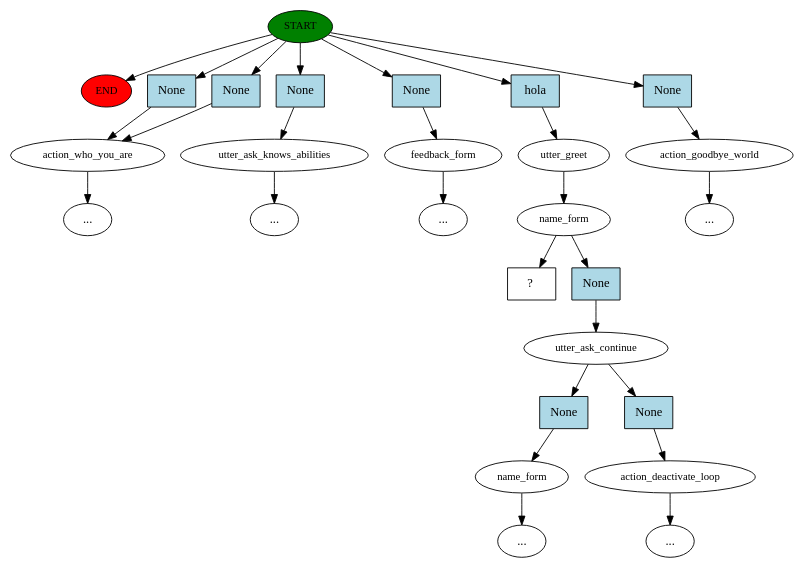
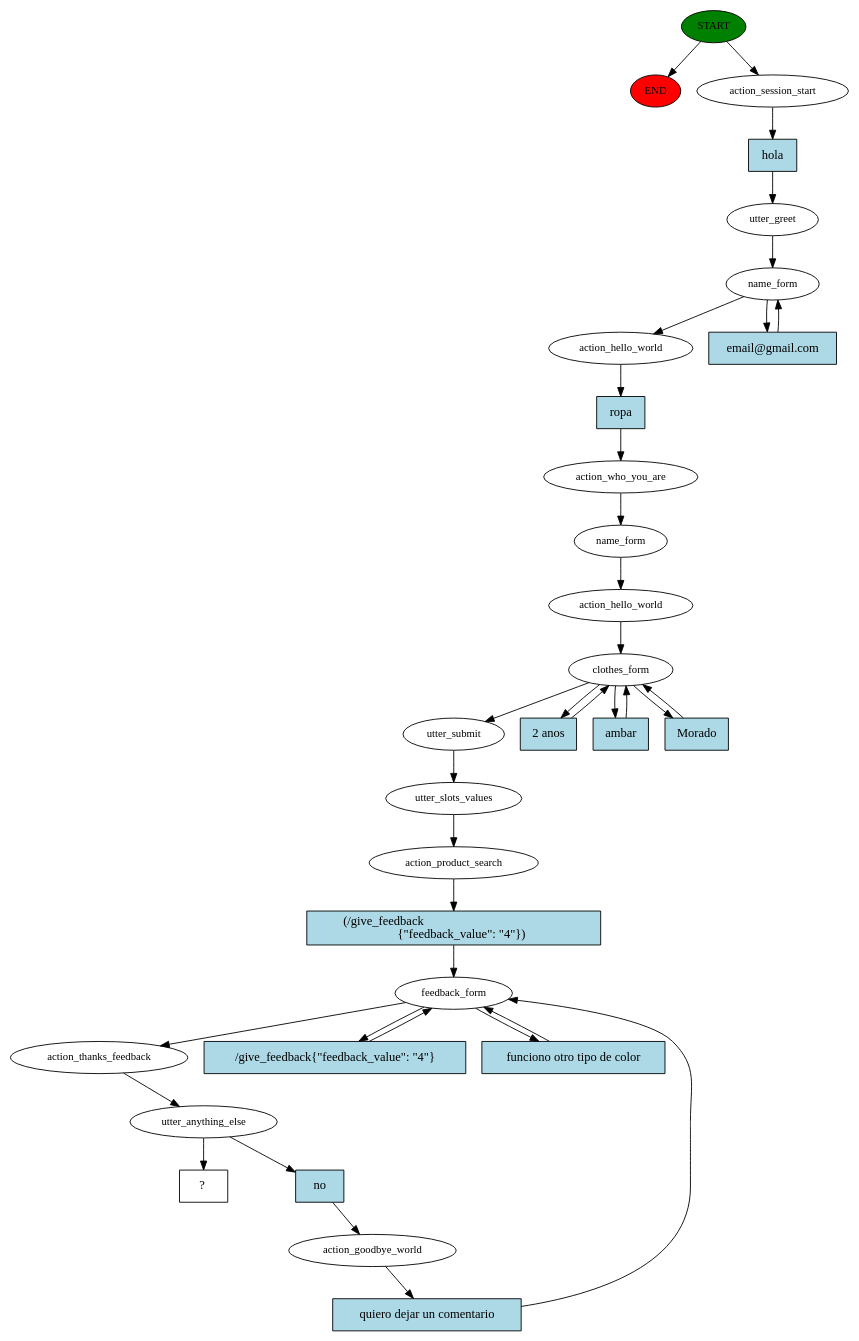
Before and after one commit to kabirivan/Ecommerce-Assistant-Jasmine: the diagram in story_graph.dot, drawn with Graphviz. The commit also changed 1 other file, not shown here.

```diff
--- a/story_graph.dot
+++ b/story_graph.dot
@@ -1,56 +1,66 @@
 digraph  {
 0 [class="start active", fillcolor=green, fontsize=12, label=START, style=filled];
 "-1" [class=end, fillcolor=red, fontsize=12, label=END, style=filled];
-1 [class="", fontsize=12, label=action_who_you_are];
-3 [class="", fontsize=12, label=utter_ask_knows_abilities];
-"-5" [class=ellipsis, label="..."];
-4 [class="", fontsize=12, label=feedback_form];
-"-6" [class=ellipsis, label="..."];
-5 [class=active, fontsize=12, label=utter_greet];
-6 [class=active, fontsize=12, label=name_form];
-7 [class="", fontsize=12, label=utter_ask_continue];
-8 [class="", fontsize=12, label=name_form];
-"-7" [class=ellipsis, label="..."];
-12 [class="", fontsize=12, label=action_deactivate_loop];
-"-8" [class=ellipsis, label="..."];
-14 [class="", fontsize=12, label=action_goodbye_world];
-"-10" [class=ellipsis, label="..."];
-"-11" [class=ellipsis, label="..."];
-18 [class="intent dashed active", label="  ?  ", shape=rect];
-19 [class=intent, fillcolor=lightblue, label=None, shape=rect, style=filled];
-20 [class=intent, fillcolor=lightblue, label=None, shape=rect, style=filled];
-21 [class=intent, fillcolor=lightblue, label=None, shape=rect, style=filled];
-22 [class=intent, fillcolor=lightblue, label=None, shape=rect, style=filled];
-23 [class="intent active", fillcolor=lightblue, label=hola, shape=rect, style=filled];
-24 [class=intent, fillcolor=lightblue, label=None, shape=rect, style=filled];
-25 [class=intent, fillcolor=lightblue, label=None, shape=rect, style=filled];
-26 [class=intent, fillcolor=lightblue, label=None, shape=rect, style=filled];
-27 [class=intent, fillcolor=lightblue, label=None, shape=rect, style=filled];
+1 [class=active, fontsize=12, label=action_session_start];
+2 [class=active, fontsize=12, label=utter_greet];
+3 [class=active, fontsize=12, label=name_form];
+6 [class=active, fontsize=12, label=action_hello_world];
+7 [class=active, fontsize=12, label=action_who_you_are];
+8 [class=active, fontsize=12, label=name_form];
+9 [class=active, fontsize=12, label=action_hello_world];
+10 [class=active, fontsize=12, label=clothes_form];
+16 [class=active, fontsize=12, label=utter_submit];
+17 [class=active, fontsize=12, label=utter_slots_values];
+18 [class=active, fontsize=12, label=action_product_search];
+19 [class=active, fontsize=12, label=feedback_form];
+22 [class=active, fontsize=12, label=action_thanks_feedback];
+23 [class=active, fontsize=12, label=utter_anything_else];
+24 [class=active, fontsize=12, label=action_goodbye_world];
+28 [class="intent dashed active", label="  ?  ", shape=rect];
+29 [class="intent active", fillcolor=lightblue, label=hola, shape=rect, style=filled];
+30 [class="intent active", fillcolor=lightblue, label="email@gmail.com", shape=rect, style=filled];
+31 [class="intent active", fillcolor=lightblue, label=ropa, shape=rect, style=filled];
+32 [class="intent active", fillcolor=lightblue, label="2 anos", shape=rect, style=filled];
+33 [class="intent active", fillcolor=lightblue, label=ambar, shape=rect, style=filled];
+34 [class="intent active", fillcolor=lightblue, label=Morado, shape=rect, style=filled];
+35 [class="intent active", fillcolor=lightblue, label="(/give_feedback                                             \n      {\"feedback_value\": \"4\"})", shape=rect, style=filled];
+36 [class="intent active", fillcolor=lightblue, label="/give_feedback{\"feedback_value\": \"4\"}", shape=rect, style=filled];
+37 [class="intent active", fillcolor=lightblue, label="funciono otro tipo de color", shape=rect, style=filled];
+38 [class="intent active", fillcolor=lightblue, label=no, shape=rect, style=filled];
+39 [class="intent active", fillcolor=lightblue, label="quiero dejar un comentario", shape=rect, style=filled];
 0 -> "-1"  [class="", key=NONE, label=""];
-0 -> 19  [class="", key=0];
-0 -> 20  [class="", key=0];
-0 -> 21  [class="", key=0];
-0 -> 22  [class="", key=0];
-0 -> 23  [class=active, key=0];
-0 -> 24  [class="", key=0];
-1 -> "-11"  [class="", key=NONE, label=""];
-3 -> "-5"  [class="", key=NONE, label=""];
-4 -> "-6"  [class="", key=NONE, label=""];
-5 -> 6  [class=active, key=NONE, label=""];
-6 -> 18  [class=active, key=NONE, label=""];
-6 -> 25  [class="", key=0];
-7 -> 26  [class="", key=0];
-7 -> 27  [class="", key=0];
-8 -> "-7"  [class="", key=NONE, label=""];
-12 -> "-8"  [class="", key=NONE, label=""];
-14 -> "-10"  [class="", key=NONE, label=""];
-19 -> 1  [class="", key=0];
-20 -> 1  [class="", key=0];
-21 -> 3  [class="", key=0];
-22 -> 4  [class="", key=0];
-23 -> 5  [class=active, key=0];
-24 -> 14  [class="", key=0];
-25 -> 7  [class="", key=0];
-26 -> 8  [class="", key=0];
-27 -> 12  [class="", key=0];
+0 -> 1  [class=active, key=NONE, label=""];
+1 -> 29  [class=active, key=0];
+2 -> 3  [class=active, key=NONE, label=""];
+3 -> 6  [class=active, key=NONE, label=""];
+3 -> 30  [class=active, key=0];
+6 -> 31  [class=active, key=0];
+7 -> 8  [class=active, key=NONE, label=""];
+8 -> 9  [class=active, key=NONE, label=""];
+9 -> 10  [class=active, key=NONE, label=""];
+10 -> 16  [class=active, key=NONE, label=""];
+10 -> 32  [class=active, key=0];
+10 -> 33  [class=active, key=0];
+10 -> 34  [class=active, key=0];
+16 -> 17  [class=active, key=NONE, label=""];
+17 -> 18  [class=active, key=NONE, label=""];
+18 -> 35  [class=active, key=0];
+19 -> 22  [class=active, key=NONE, label=""];
+19 -> 36  [class=active, key=0];
+19 -> 37  [class=active, key=0];
+22 -> 23  [class=active, key=NONE, label=""];
+23 -> 28  [class=active, key=NONE, label=""];
+23 -> 38  [class=active, key=0];
+24 -> 39  [class=active, key=0];
+29 -> 2  [class=active, key=0];
+30 -> 3  [class=active, key=0];
+31 -> 7  [class=active, key=0];
+32 -> 10  [class=active, key=0];
+33 -> 10  [class=active, key=0];
+34 -> 10  [class=active, key=0];
+35 -> 19  [class=active, key=0];
+36 -> 19  [class=active, key=0];
+37 -> 19  [class=active, key=0];
+38 -> 24  [class=active, key=0];
+39 -> 19  [class=active, key=0];
 }
```
